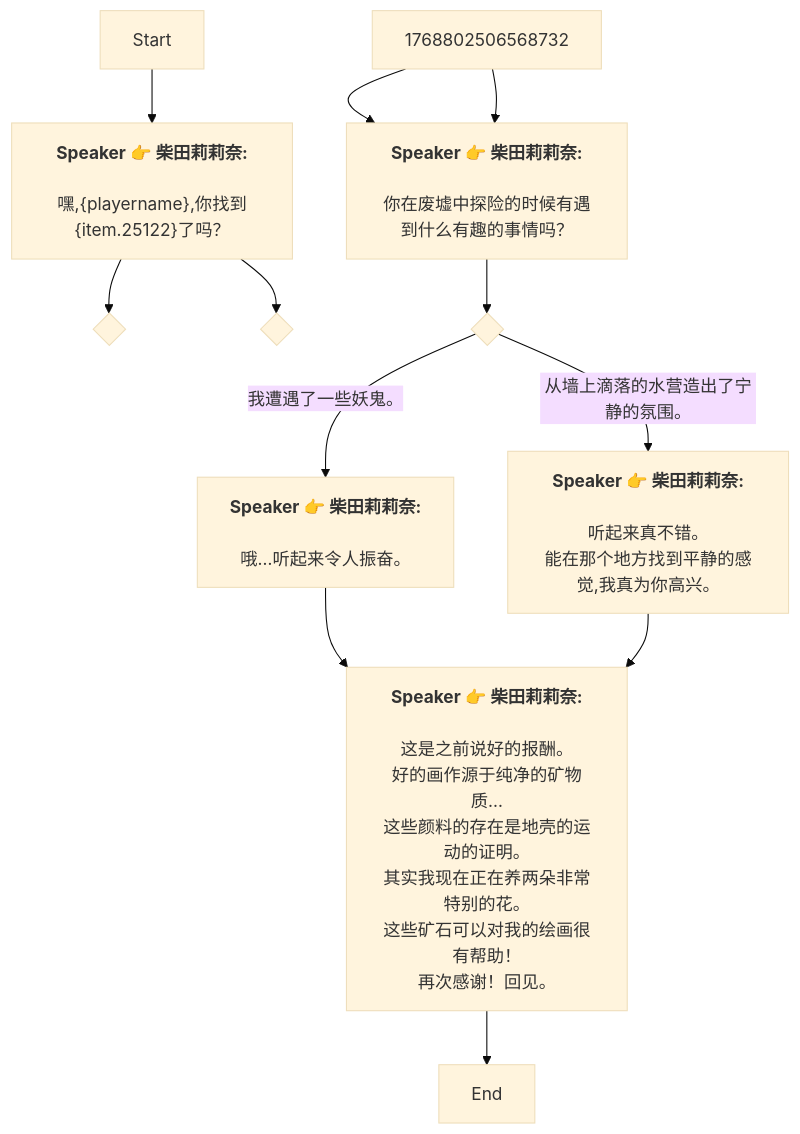
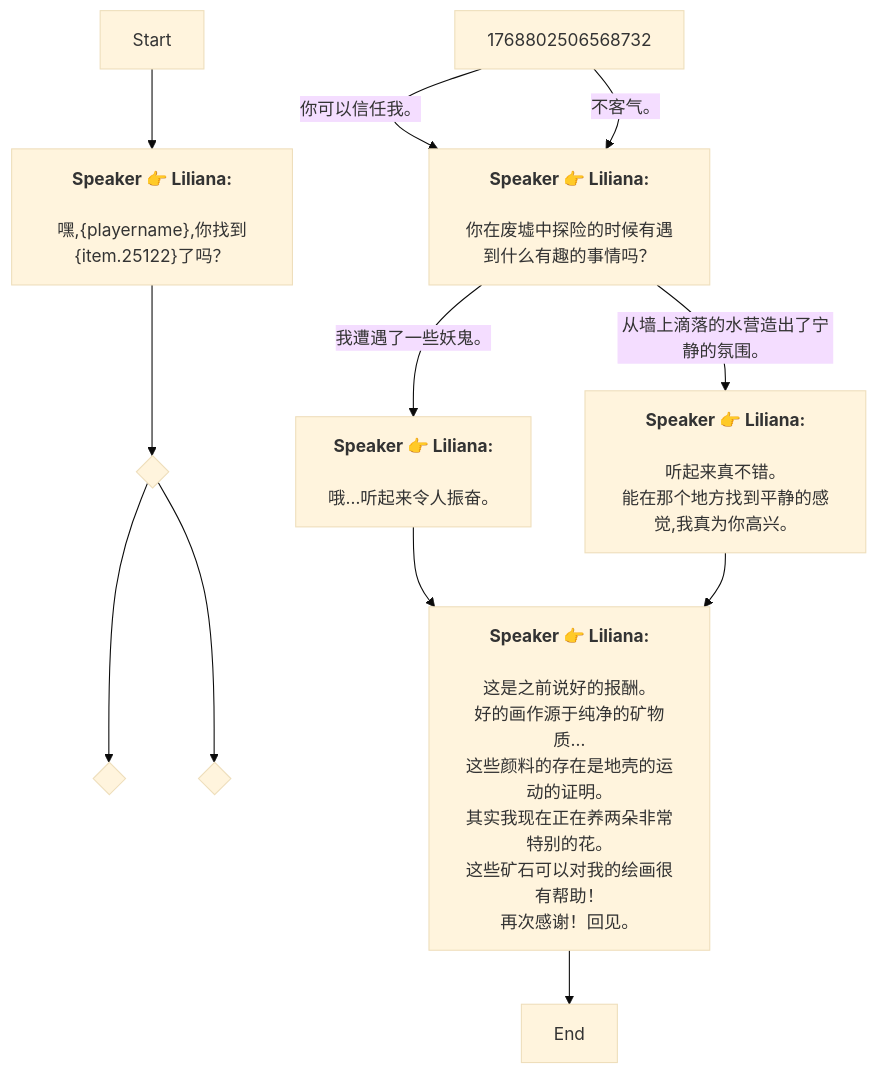
Before and after one commit to SoftHu/tos_avg: the diagram in Zh/QuestNPCDeliveryENode_1768802081762318.md, drawn with Mermaid (base theme). The commit also changed 737 other files, not shown here.

````diff
--- a/Zh/QuestNPCDeliveryENode_1768802081762318.md
+++ b/Zh/QuestNPCDeliveryENode_1768802081762318.md
@@ -1,40 +1,27 @@
 ```mermaid
 graph
-Start -->1768802449917971[<b>Speaker 👉 柴田莉莉奈:</b>
+Start -->1768802449917971[<b>Speaker 👉 Liliana:</b>
+\n嘿,&lbrace;playername&rbrace;,你找到&lbrace;item.25122&rbrace;了吗？]
+1768802449917971 -->1768802426206226{ }
+1768802426206226 -->1768802472486932{ }
+1768802426206226 -->1768802491199513{ }
+1768802506568732 -->|你可以信任我。|1768802614336548[<b>Speaker 👉 Liliana:</b>
+\n你在废墟中探险的时候有遇到什么有趣的事情吗？]
+1768802506568732 -->|不客气。|1768802614336548[<b>Speaker 👉 Liliana:</b>
+\n你在废墟中探险的时候有遇到什么有趣的事情吗？]
+1768802614336548 -->|我遭遇了一些妖鬼。|1768802653325354[<b>Speaker 👉 Liliana:</b>
+\n哦…听起来令人振奋。]
+1768802614336548 -->|从墙上滴落的水营造出了宁静的氛围。|1768802663928875[<b>Speaker 👉 Liliana:</b>
+\n听起来真不错。
+能在那个地方找到平静的感觉,我真为你高兴。]
+1768802653325354 -->1768802679028780[<b>Speaker 👉 Liliana:</b>
+\n这是之前说好的报酬。\n好的画作源于纯净的矿物质…
+这些颜料的存在是地壳的运动的证明。\n其实我现在正在养两朵非常特别的花。
+这些矿石可以对我的绘画很有帮助！\n再次感谢！回见。]
+1768802679028780 -->1768802558461981[End]
+1768802663928875 -->1768802679028780[<b>Speaker 👉 Liliana:</b>
+\n这是之前说好的报酬。\n好的画作源于纯净的矿物质…
+这些颜料的存在是地壳的运动的证明。\n其实我现在正在养两朵非常特别的花。
+这些矿石可以对我的绘画很有帮助！\n再次感谢！回见。]
 
-嘿,&lbrace;playername&rbrace;,你找到&lbrace;item.25122&rbrace;了吗？]
-1768802449917971 -->1768802472486932{ }
-1768802449917971 -->1768802491199513{ }
-1768802506568732 -->1768802614336548[<b>Speaker 👉 柴田莉莉奈:</b>
-
-你在废墟中探险的时候有遇到什么有趣的事情吗？]
-1768802506568732 -->1768802614336548[<b>Speaker 👉 柴田莉莉奈:</b>
-
-你在废墟中探险的时候有遇到什么有趣的事情吗？]
-1768802614336548 -->1768802628640809{ }
-1768802628640809 -->|我遭遇了一些妖鬼。|1768802653325354[<b>Speaker 👉 柴田莉莉奈:</b>
-
-哦…听起来令人振奋。]
-1768802628640809 -->|从墙上滴落的水营造出了宁静的氛围。|1768802663928875[<b>Speaker 👉 柴田莉莉奈:</b>
-
-听起来真不错。
-能在那个地方找到平静的感觉,我真为你高兴。]
-1768802653325354 -->1768802679028780[<b>Speaker 👉 柴田莉莉奈:</b>
-
-这是之前说好的报酬。
-好的画作源于纯净的矿物质…
-这些颜料的存在是地壳的运动的证明。
-其实我现在正在养两朵非常特别的花。
-这些矿石可以对我的绘画很有帮助！
-再次感谢！回见。]
-1768802679028780 -->1768802558461981[End]
-1768802663928875 -->1768802679028780[<b>Speaker 👉 柴田莉莉奈:</b>
-
-这是之前说好的报酬。
-好的画作源于纯净的矿物质…
-这些颜料的存在是地壳的运动的证明。
-其实我现在正在养两朵非常特别的花。
-这些矿石可以对我的绘画很有帮助！
-再次感谢！回见。]
-
- ```
+```
````
